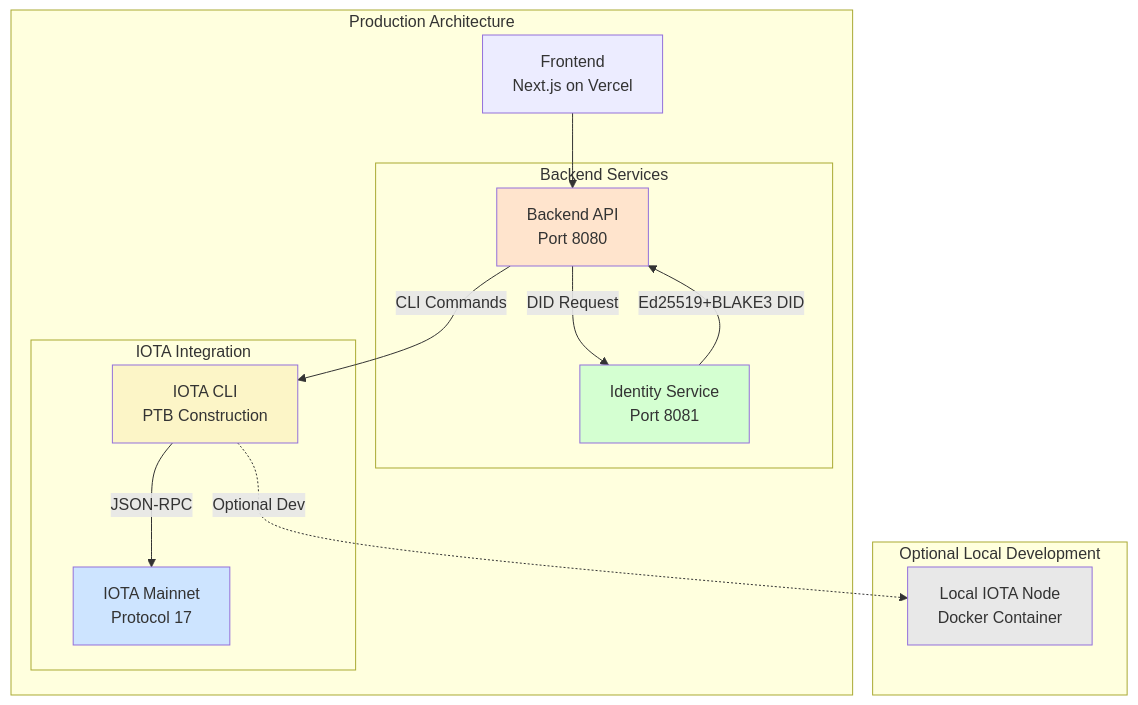
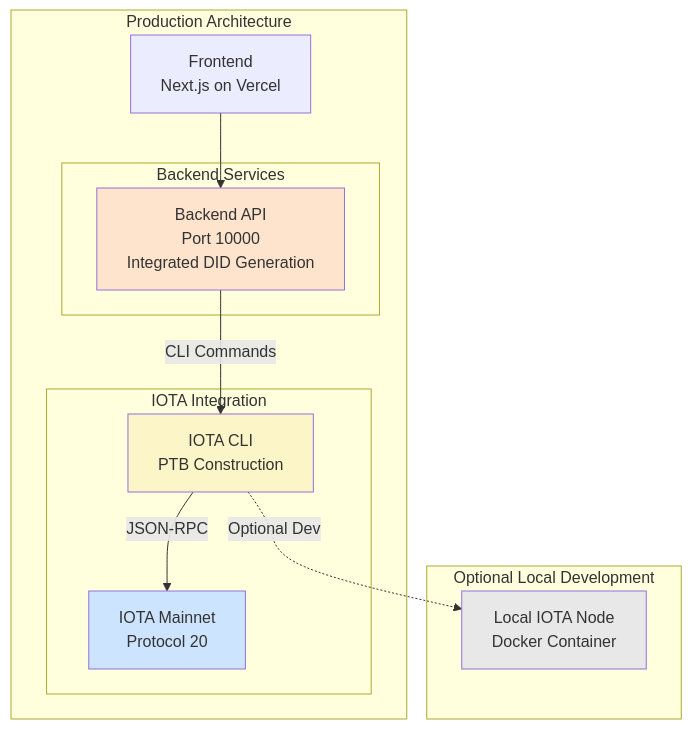
Before and after one commit to theweboftrust/wot.id-public-docs: the diagram in 03_IOTA_Node_And_Network.md, drawn with Mermaid. The commit also changed other lines of this file, not shown here.

````diff
--- a/03_IOTA_Node_And_Network.md
+++ b/03_IOTA_Node_And_Network.md
@@ -149,33 +149,29 @@
 ```mermaid
 graph TD
     subgraph "Production Architecture"
         Frontend[Frontend<br/>Next.js on Vercel]
 
         subgraph "Backend Services"
-            Backend[Backend API<br/>Port 8080]
-            Identity[Identity Service<br/>Port 8081]
+            Backend[Backend API<br/>Port 10000<br/>Integrated DID Generation]
         end
 
         subgraph "IOTA Integration"
             IOTA_CLI[IOTA CLI<br/>PTB Construction]
-            Mainnet[IOTA Mainnet<br/>Protocol 17]
+            Mainnet[IOTA Mainnet<br/>Protocol 20]
         end
     end
 
     subgraph "Optional Local Development"
         IOTA_Local[Local IOTA Node<br/>Docker Container]
     end
 
     Frontend --> Backend
     Backend -- "CLI Commands" --> IOTA_CLI
     IOTA_CLI -- "JSON-RPC" --> Mainnet
     IOTA_CLI -. "Optional Dev" .-> IOTA_Local
-    Backend -- "DID Request" --> Identity
-    Identity -- "Ed25519+BLAKE3 DID" --> Backend
 
     style Mainnet fill:#cde4ff
     style Backend fill:#ffe4cd
-    style Identity fill:#d4ffd1
     style IOTA_CLI fill:#fcf5c7
     style IOTA_Local fill:#e8e8e8
 ```
````
